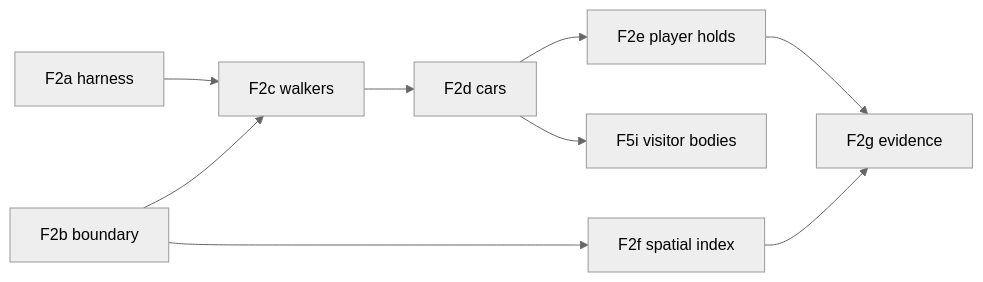
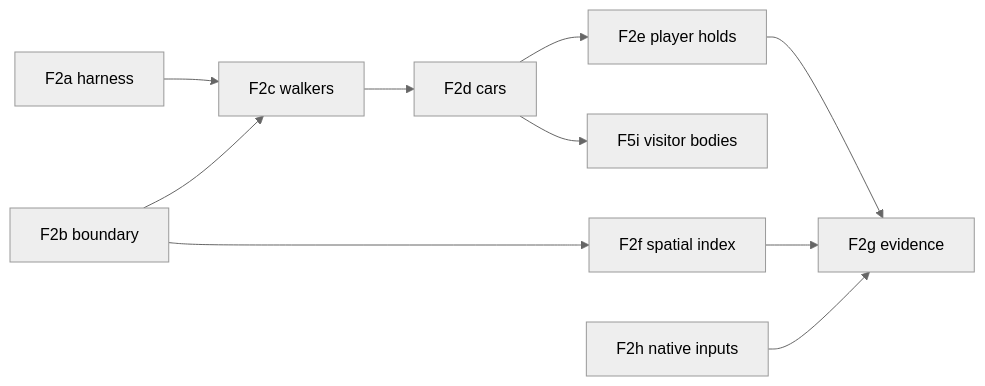
Before and after one commit to PeterHartwieg/big-ambitions-persistent-city: the diagram in docs/plans/f2-movement.md, drawn with Mermaid (neutral theme). The commit also changed other lines of this file, not shown here.

````diff
--- a/docs/plans/f2-movement.md
+++ b/docs/plans/f2-movement.md
@@ -142,11 +171,12 @@
 ```mermaid
 flowchart LR
   F2a[F2a harness] --> F2c[F2c walkers]
   F2b[F2b boundary] --> F2c
   F2b --> F2f[F2f spatial index]
   F2c --> F2d[F2d cars]
   F2d --> F2e[F2e player holds]
   F2d --> F5i[F5i visitor bodies]
   F2e --> F2g[F2g evidence]
   F2f --> F2g
+  F2h[F2h native inputs] --> F2g
 ```
````
